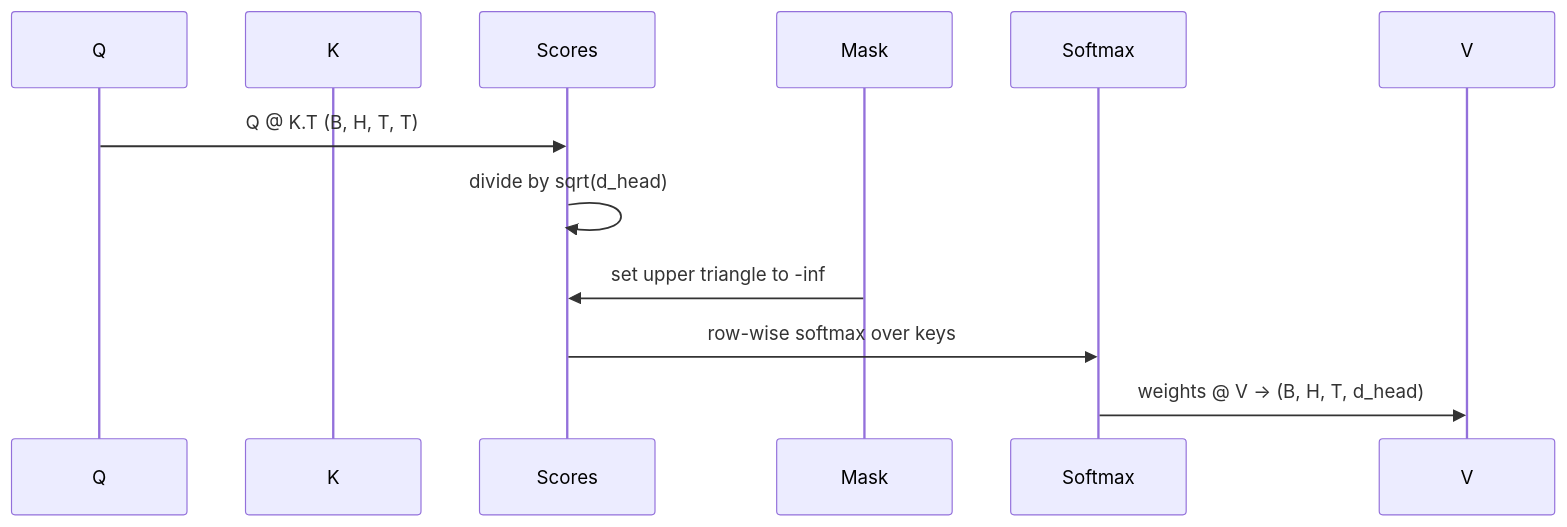
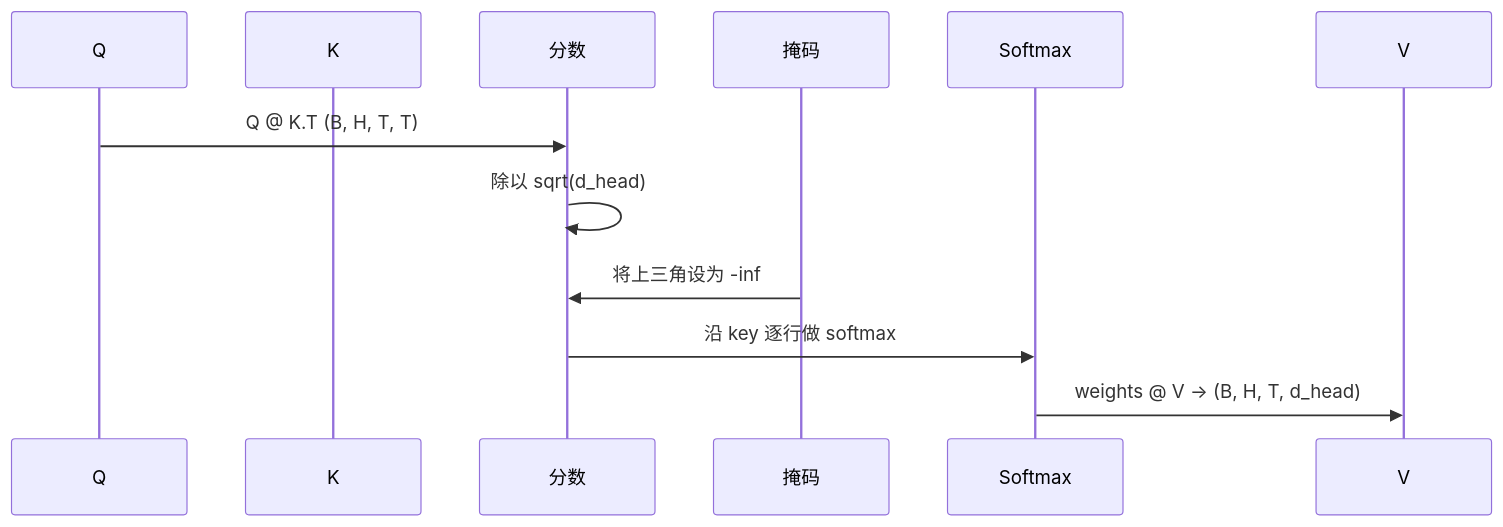
The second of 2 diagrams in phases/19-capstone-projects/33-multihead-self-attention.md (cq0206/ai-engineering-from-scratch), drawn with Mermaid before and after one commit. The commit also changed other lines of this file and 150 other files, not shown here.

````diff
--- a/phases/19-capstone-projects/33-multihead-self-attention.md
+++ b/phases/19-capstone-projects/33-multihead-self-attention.md
@@ -65,14 +65,14 @@
 ```mermaid
 sequenceDiagram
     participant Q
     participant K
-    participant Scores
-    participant Mask
+    participant Scores as 分数
+    participant Mask as 掩码
     participant Softmax
     participant V
     Q->>Scores: Q @ K.T (B, H, T, T)
-    Scores->>Scores: divide by sqrt(d_head)
-    Mask->>Scores: set upper triangle to -inf
-    Scores->>Softmax: row-wise softmax over keys
+    Scores->>Scores: 除以 sqrt(d_head)
+    Mask->>Scores: 将上三角设为 -inf
+    Scores->>Softmax: 沿 key 逐行做 softmax
     Softmax->>V: weights @ V -> (B, H, T, d_head)
 ```
````
